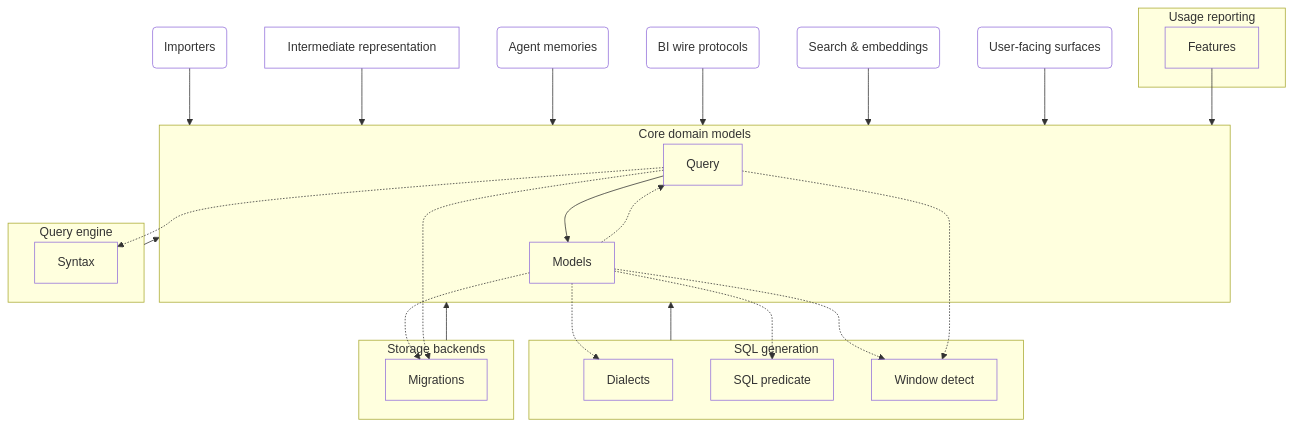
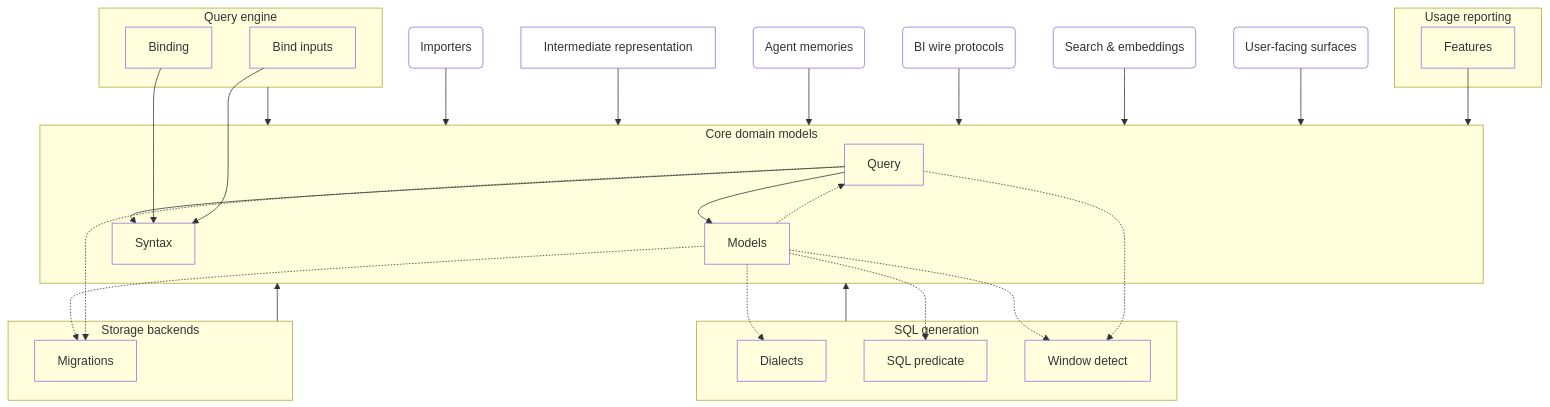
The diagram in architecture/core.arc42.md (MotleyAI/slayer), drawn with Mermaid before and after one commit. The commit also changed other lines of this file and 71 other files, not shown here.

First line of the commit message:
Move the Mode-B parser to slayer/core/syntax.py and the transform tables to core/enums.py

````diff
--- a/architecture/core.arc42.md
+++ b/architecture/core.arc42.md
@@ -17,49 +17,53 @@
 ```mermaid
 flowchart TD
   %% core_focus: Core in context
   subgraph core["Core domain models"]
     core__query["Query"]
     core__models["Models"]
+    core__syntax["Syntax"]
   end
   subgraph sql["SQL generation"]
     sql__dialects["Dialects"]
     sql__sql_predicate["SQL predicate"]
     sql__window_detect["Window detect"]
   end
   subgraph engine["Query engine"]
-    engine__syntax["Syntax"]
+    engine__binding["Binding"]
+    engine__bind_inputs["Bind inputs"]
   end
   ir["Intermediate representation"]
   subgraph storage["Storage backends"]
     storage__migrations["Migrations"]
   end
   importers("Importers")
   search("Search & embeddings")
   memories("Agent memories")
   protocols("BI wire protocols")
   subgraph usage_reporting["Usage reporting"]
     usage_reporting__features["Features"]
   end
   surfaces("User-facing surfaces")
-  core__query -.-> engine__syntax
   core__models -.-> sql__dialects
   core__models -.-> sql__sql_predicate
   core__models -.-> sql__window_detect
   core__query -.-> sql__window_detect
   core__models -.-> storage__migrations
   core__query -.-> storage__migrations
   core__models -.-> core__query
   core__query --> core__models
+  core__query --> core__syntax
+  engine__binding --> core__syntax
+  engine__bind_inputs --> core__syntax
   engine --> core
   importers --> core
   ir --> core
   memories --> core
   protocols --> core
   search --> core
   sql --> core
   storage --> core
   surfaces --> core
   usage_reporting__features --> core
   classDef leaf fill:none;
-  class core__query,core__models,sql__dialects,sql__sql_predicate,sql__window_detect,engine__syntax,ir,storage__migrations,importers,search,memories,protocols,usage_reporting__features,surfaces leaf;
+  class core__query,core__models,core__syntax,sql__dialects,sql__sql_predicate,sql__window_detect,engine__binding,engine__bind_inputs,ir,storage__migrations,importers,search,memories,protocols,usage_reporting__features,surfaces leaf;
 ```
````
